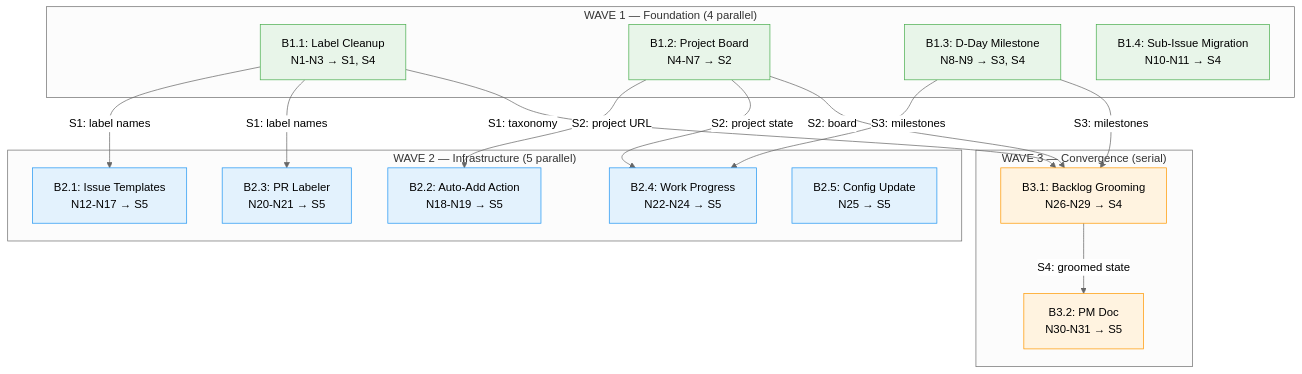
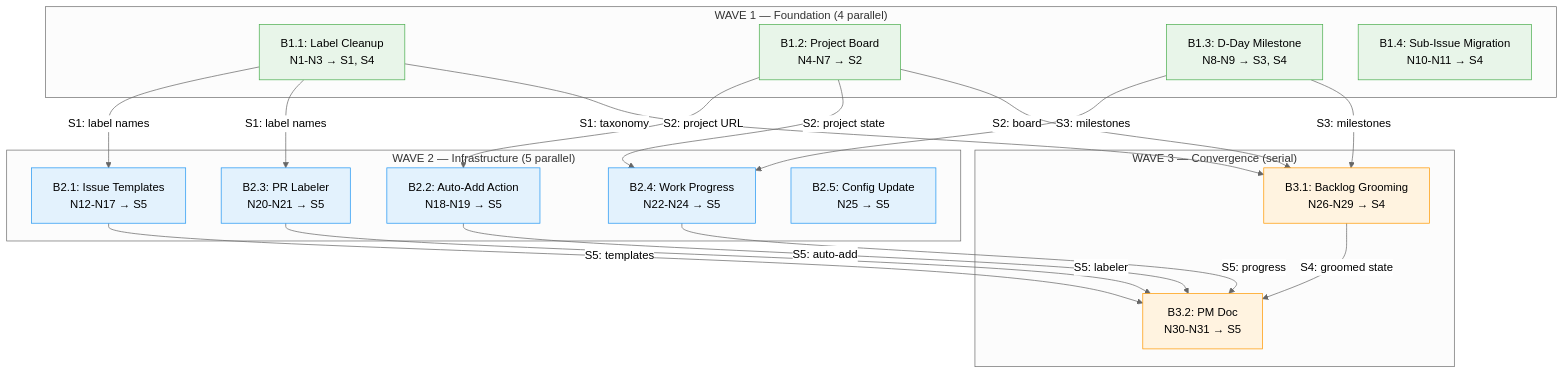
The diagram in docs/breadboards/pm-overhaul-breadboard.md (cmbays/print-4ink), drawn with Mermaid (neutral theme) before and after one commit. The commit also changed other lines of this file, not shown here.

````diff
--- a/docs/breadboards/pm-overhaul-breadboard.md
+++ b/docs/breadboards/pm-overhaul-breadboard.md
@@ -303,45 +302,51 @@
 ```mermaid
 flowchart TB
     subgraph W1["WAVE 1 — Foundation (4 parallel)"]
         B11["B1.1: Label Cleanup<br/>N1-N3 → S1, S4"]
         B12["B1.2: Project Board<br/>N4-N7 → S2"]
         B13["B1.3: D-Day Milestone<br/>N8-N9 → S3, S4"]
         B14["B1.4: Sub-Issue Migration<br/>N10-N11 → S4"]
     end
 
     subgraph W2["WAVE 2 — Infrastructure (5 parallel)"]
         B21["B2.1: Issue Templates<br/>N12-N17 → S5"]
         B22["B2.2: Auto-Add Action<br/>N18-N19 → S5"]
         B23["B2.3: PR Labeler<br/>N20-N21 → S5"]
         B24["B2.4: Work Progress<br/>N22-N24 → S5"]
         B25["B2.5: Config Update<br/>N25 → S5"]
     end
 
     subgraph W3["WAVE 3 — Convergence (serial)"]
         B31["B3.1: Backlog Grooming<br/>N26-N29 → S4"]
         B32["B3.2: PM Doc<br/>N30-N31 → S5"]
     end
 
     %% Wave 1 → Wave 2 dependencies
     B11 -->|"S1: label names"| B21
     B11 -->|"S1: label names"| B23
     B12 -->|"S2: project URL"| B22
     B12 -->|"S2: project state"| B24
     B13 -->|"S3: milestones"| B24
 
     %% Wave 1 → Wave 3 dependencies
     B11 -->|"S1: taxonomy"| B31
     B12 -->|"S2: board"| B31
     B13 -->|"S3: milestones"| B31
 
+    %% Wave 2 → Wave 3 dependencies
+    B21 -->|"S5: templates"| B32
+    B22 -->|"S5: auto-add"| B32
+    B23 -->|"S5: labeler"| B32
+    B24 -->|"S5: progress"| B32
+
     %% Wave 3 internal
     B31 -->|"S4: groomed state"| B32
 
     classDef w1 fill:#e8f5e9,stroke:#4caf50,color:#000
     classDef w2 fill:#e3f2fd,stroke:#2196f3,color:#000
     classDef w3 fill:#fff3e0,stroke:#ff9800,color:#000
 
     class B11,B12,B13,B14 w1
     class B21,B22,B23,B24,B25 w2
     class B31,B32 w3
 ```
````
